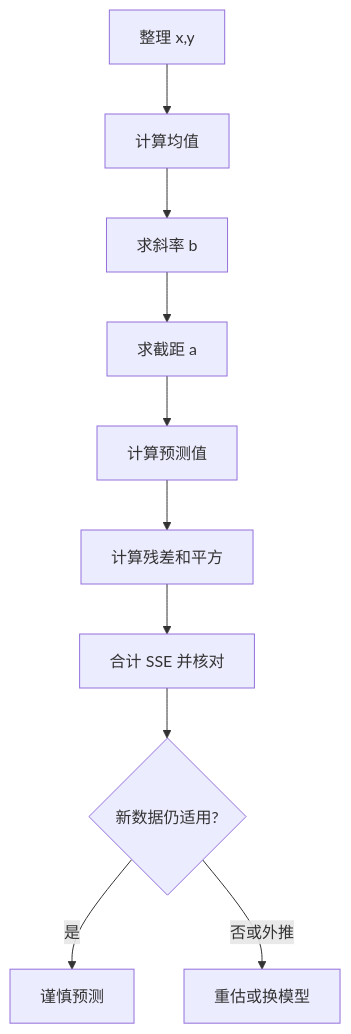
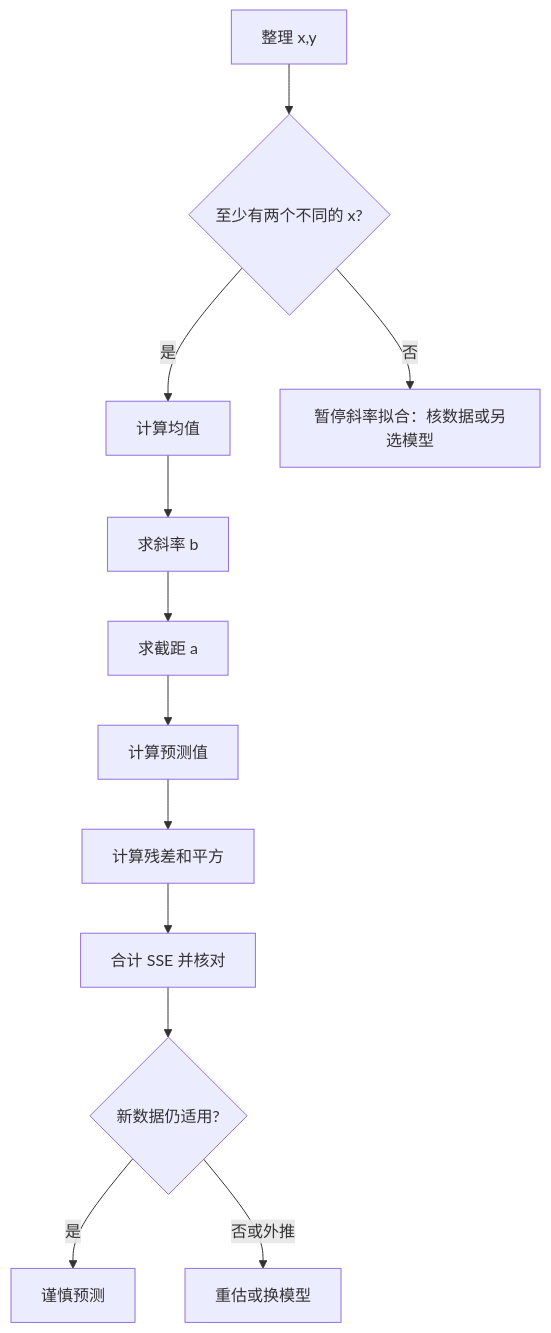
One commit to CercaTrovato/cityu-ai-course-notes changed the sixth of 8 diagrams in AC6761_Artificial_Intelligence_Accounting/notes/M08-AI基础与会计技术.md. Above: the diagram before and after it, drawn with Mermaid. The commit also changed other lines of this file and 141 other files, not shown here.

````diff
--- a/AC6761_Artificial_Intelligence_Accounting/notes/M08-AI基础与会计技术.md
+++ b/AC6761_Artificial_Intelligence_Accounting/notes/M08-AI基础与会计技术.md
@@ -340,12 +519,14 @@
 ```mermaid
 flowchart TD
- A[整理 x,y] --> B[计算均值]
+ A[整理 x,y] --> CheckX{至少有两个不同的 x?}
+ CheckX -->|是| B[计算均值]
+ CheckX -->|否| StopFit[暂停斜率拟合：核数据或另选模型]
  B --> C[求斜率 b]
  C --> D[求截距 a]
  D --> E[计算预测值]
  E --> F[计算残差和平方]
  F --> G[合计 SSE 并核对]
  G --> H{新数据仍适用?}
  H -->|是| I[谨慎预测]
  H -->|否或外推| J[重估或换模型]
 ```
````
